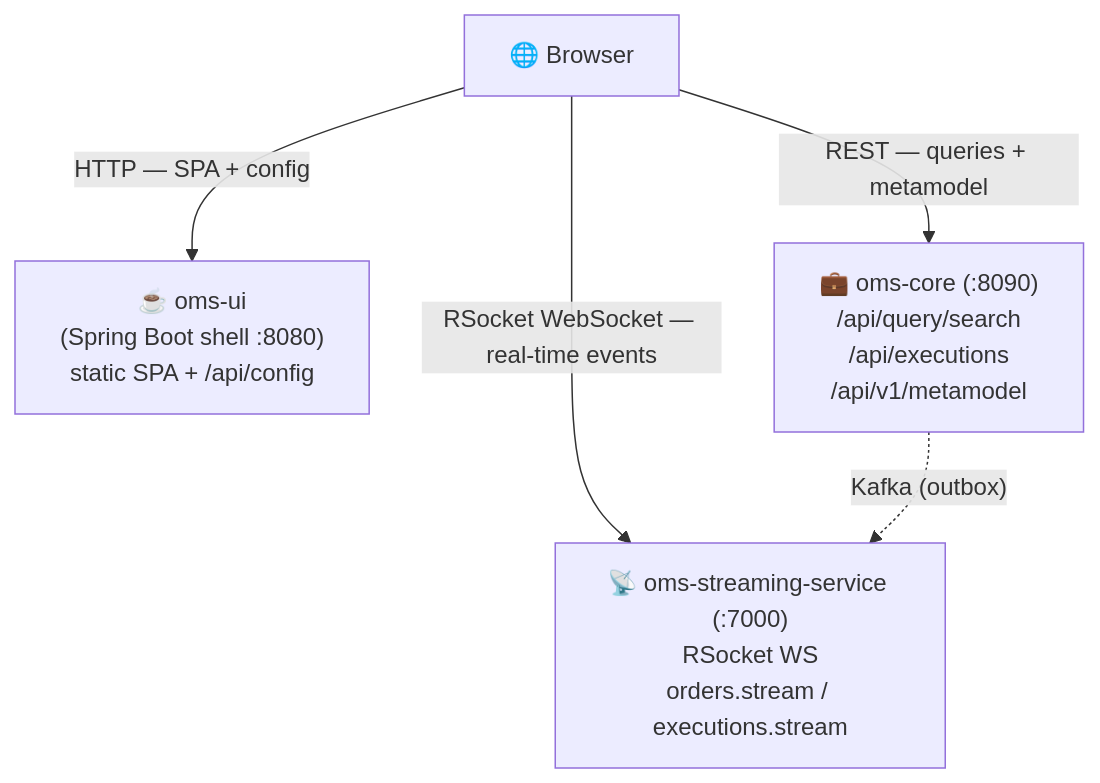
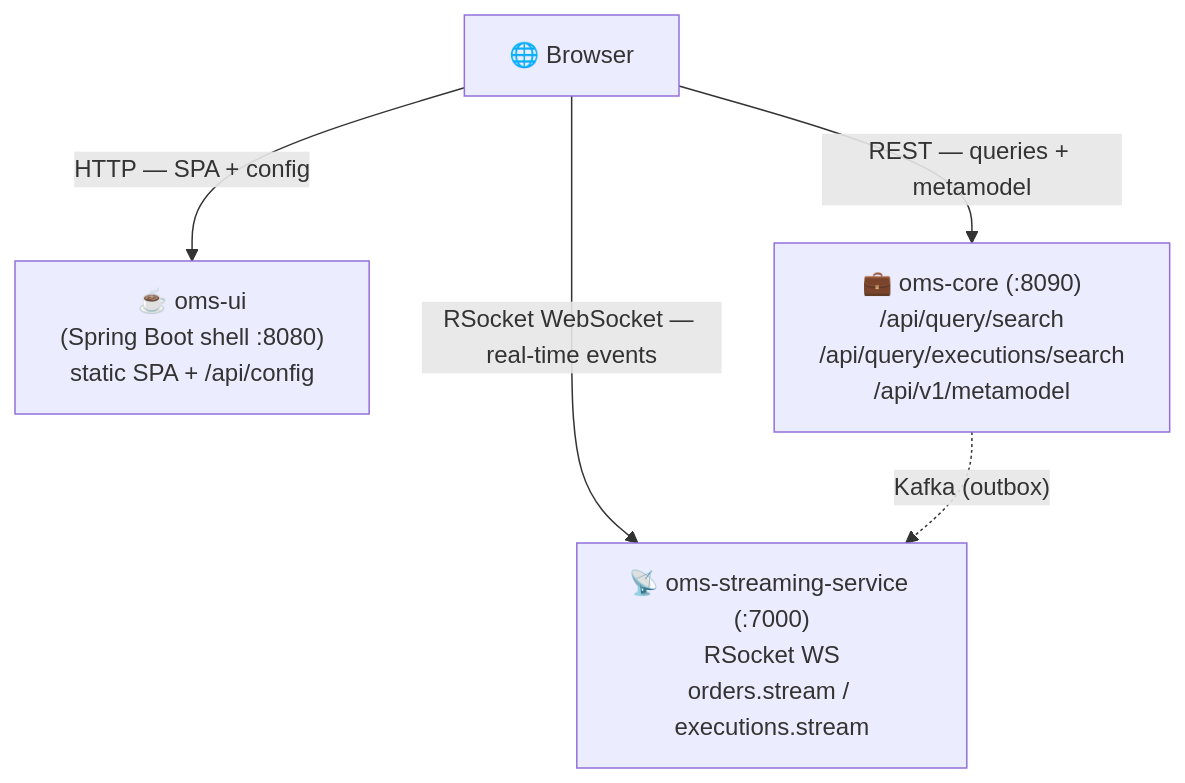
Before and after one commit to tbaderts/oms: the first of 5 diagrams in oms-ui/docs/ARCHITECTURE.md, drawn with Mermaid. The commit also changed other lines of this file and 233 other files, not shown here.

````diff
--- a/oms-ui/docs/ARCHITECTURE.md
+++ b/oms-ui/docs/ARCHITECTURE.md
@@ -14,12 +14,12 @@
 ```mermaid
 graph TD
     Browser["🌐 Browser"]
     OmsUi["☕ oms-ui<br/>(Spring Boot shell :8080)<br/>static SPA + /api/config"]
-    OmsCore["💼 oms-core (:8090)<br/>/api/query/search<br/>/api/executions<br/>/api/v1/metamodel"]
+    OmsCore["💼 oms-core (:8090)<br/>/api/query/search<br/>/api/query/executions/search<br/>/api/v1/metamodel"]
     Streaming["📡 oms-streaming-service (:7000)<br/>RSocket WS<br/>orders.stream / executions.stream"]
 
     Browser -->|"HTTP — SPA + config"| OmsUi
     Browser -->|"REST — queries + metamodel"| OmsCore
     Browser -->|"RSocket WebSocket — real-time events"| Streaming
     OmsCore -.->|"Kafka (outbox)"| Streaming
 ```
````
